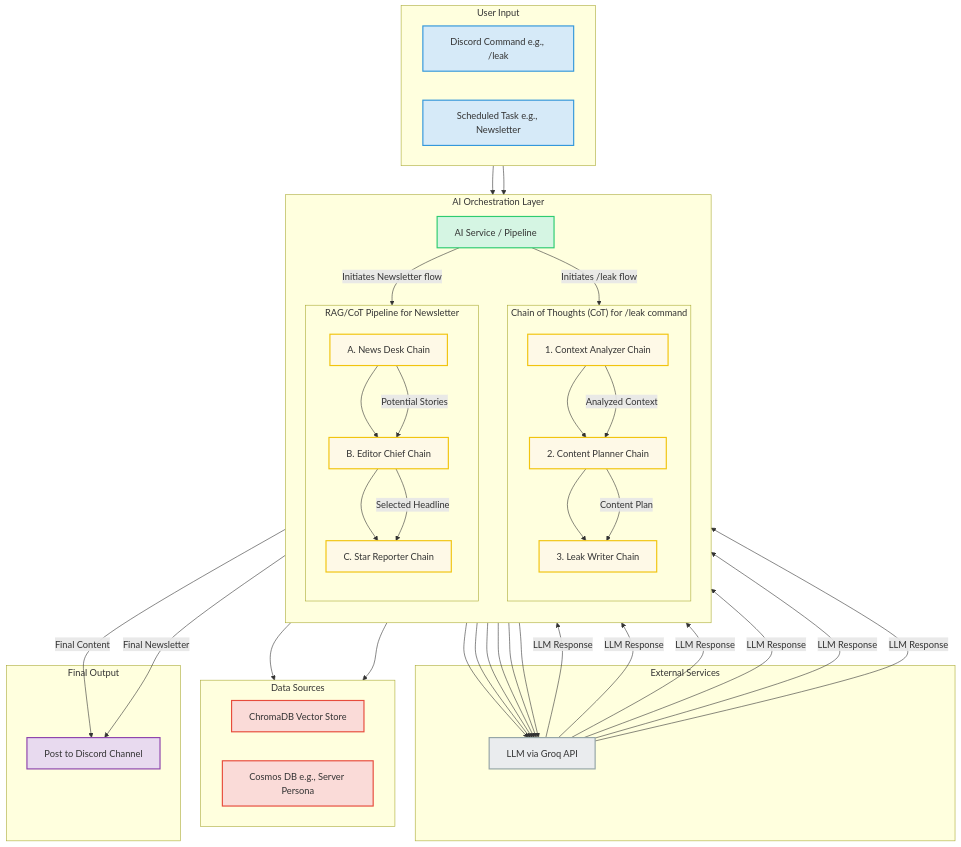
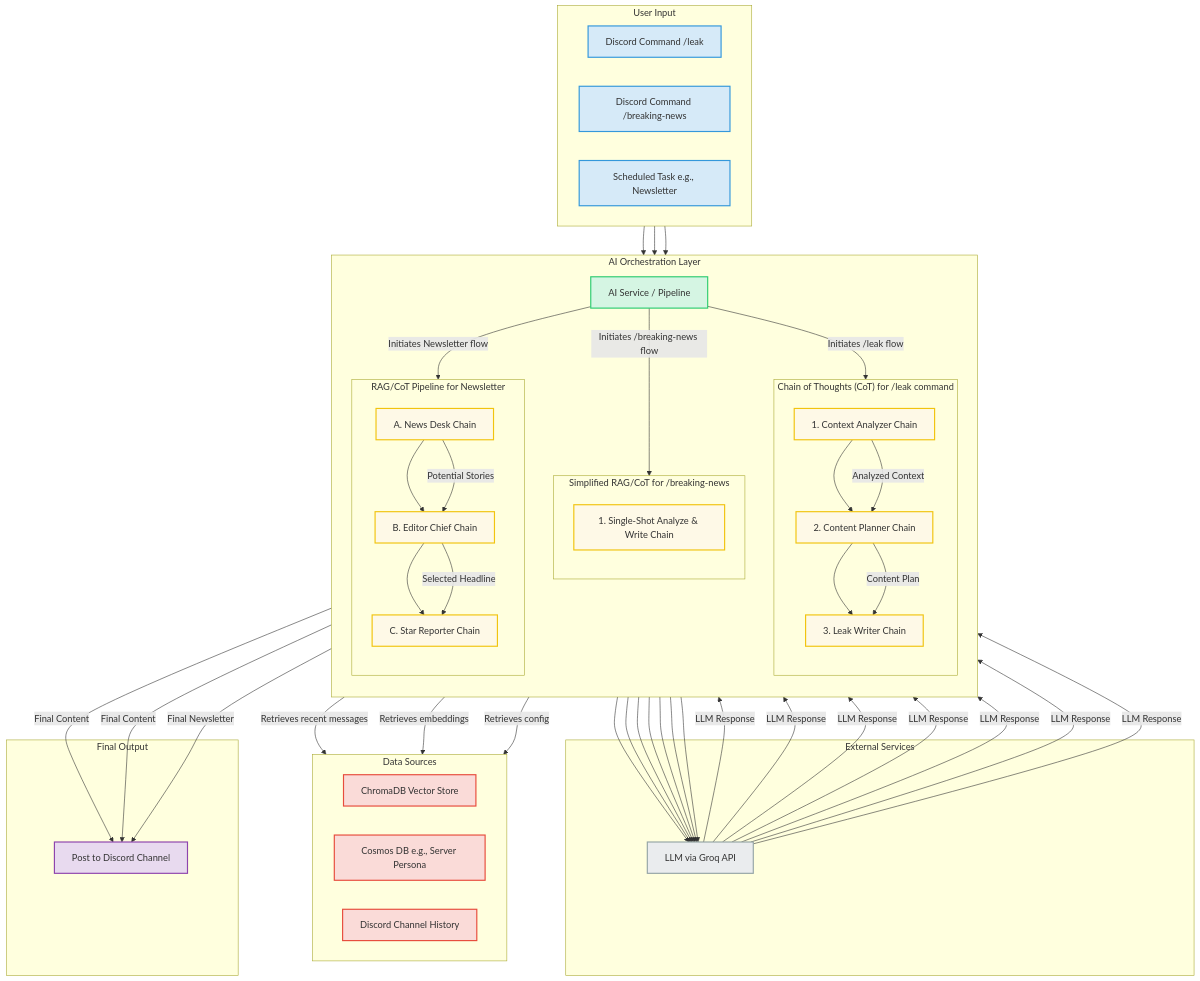
One commit to zee-1/TheSnitchBot changed the diagram in docs/llm_interaction_diagram.md. Above: the diagram before and after it, drawn with Mermaid. The commit also changed other lines of this file and 7 other files, not shown here.

````diff
--- a/docs/llm_interaction_diagram.md
+++ b/docs/llm_interaction_diagram.md
@@ -7,7 +6,8 @@
 graph TD
     subgraph User Input
         direction LR
-        UserInput[Discord Command e.g., /leak]
+        LeakInput[Discord Command /leak]
+        BreakingNewsInput[Discord Command /breaking-news]
         ScheduledTask[Scheduled Task e.g., Newsletter]
     end
 
@@ -15,6 +15,7 @@
         direction RL
         ChromaDB[ChromaDB Vector Store]
         CosmosDB[Cosmos DB e.g., Server Persona]
+        DiscordChannel[Discord Channel History]
     end
 
     subgraph AI Orchestration Layer
@@ -24,6 +25,11 @@
         subgraph "Chain of Thoughts (CoT) for /leak command"
             direction TB
             LeakChain1[1. Context Analyzer Chain] --> LeakChain2[2. Content Planner Chain] --> LeakChain3[3. Leak Writer Chain]
+        end
+
+        subgraph "Simplified RAG/CoT for /breaking-news"
+            direction TB
+            BreakingNewsChain[1. Single-Shot Analyze & Write Chain]
         end
 
         subgraph "RAG/CoT Pipeline for Newsletter"
@@ -41,13 +47,16 @@
     end
 
     %% Connections
-    UserInput --> AIService
+    LeakInput --> AIService
+    BreakingNewsInput --> AIService
     ScheduledTask --> AIService
 
-    AIService --> ChromaDB
-    AIService --> CosmosDB
+    AIService -- "Retrieves recent messages" --> DiscordChannel
+    AIService -- "Retrieves embeddings" --> ChromaDB
+    AIService -- "Retrieves config" --> CosmosDB
 
     AIService --"Initiates /leak flow"--> LeakChain1
+    AIService --"Initiates /breaking-news flow"--> BreakingNewsChain
     AIService --"Initiates Newsletter flow"--> NewsChain1
 
     LeakChain1 --"Analyzed Context"--> LeakChain2
@@ -59,6 +68,8 @@
     LeakChain1 --> GroqAPI
     LeakChain2 --> GroqAPI
     LeakChain3 --> GroqAPI
+
+    BreakingNewsChain --> GroqAPI
     
     NewsChain1 --> GroqAPI
     NewsChain2 --> GroqAPI
@@ -68,11 +79,14 @@
     GroqAPI --"LLM Response"--> LeakChain2
     GroqAPI --"LLM Response"--> LeakChain3
 
+    GroqAPI --"LLM Response"--> BreakingNewsChain
+
     GroqAPI --"LLM Response"--> NewsChain1
     GroqAPI --"LLM Response"--> NewsChain2
     GroqAPI --"LLM Response"--> NewsChain3
 
     LeakChain3 --"Final Content"--> DiscordResponse
+    BreakingNewsChain --"Final Content"--> DiscordResponse
     NewsChain3 --"Final Newsletter"--> DiscordResponse
     
     %% Styling
@@ -83,10 +97,10 @@
     classDef external fill:#EAECEE,stroke:#95A5A6,stroke-width:2px;
     classDef output fill:#E8DAEF,stroke:#8E44AD,stroke-width:2px;
 
-    class UserInput,ScheduledTask userInput;
+    class LeakInput,BreakingNewsInput,ScheduledTask userInput;
     class AIService service;
-    class LeakChain1,LeakChain2,LeakChain3,NewsChain1,NewsChain2,NewsChain3 chain;
-    class ChromaDB,CosmosDB data;
+    class LeakChain1,LeakChain2,LeakChain3,NewsChain1,NewsChain2,NewsChain3,BreakingNewsChain chain;
+    class ChromaDB,CosmosDB,DiscordChannel data;
     class GroqAPI external;
     class DiscordResponse output;
 ```
````
